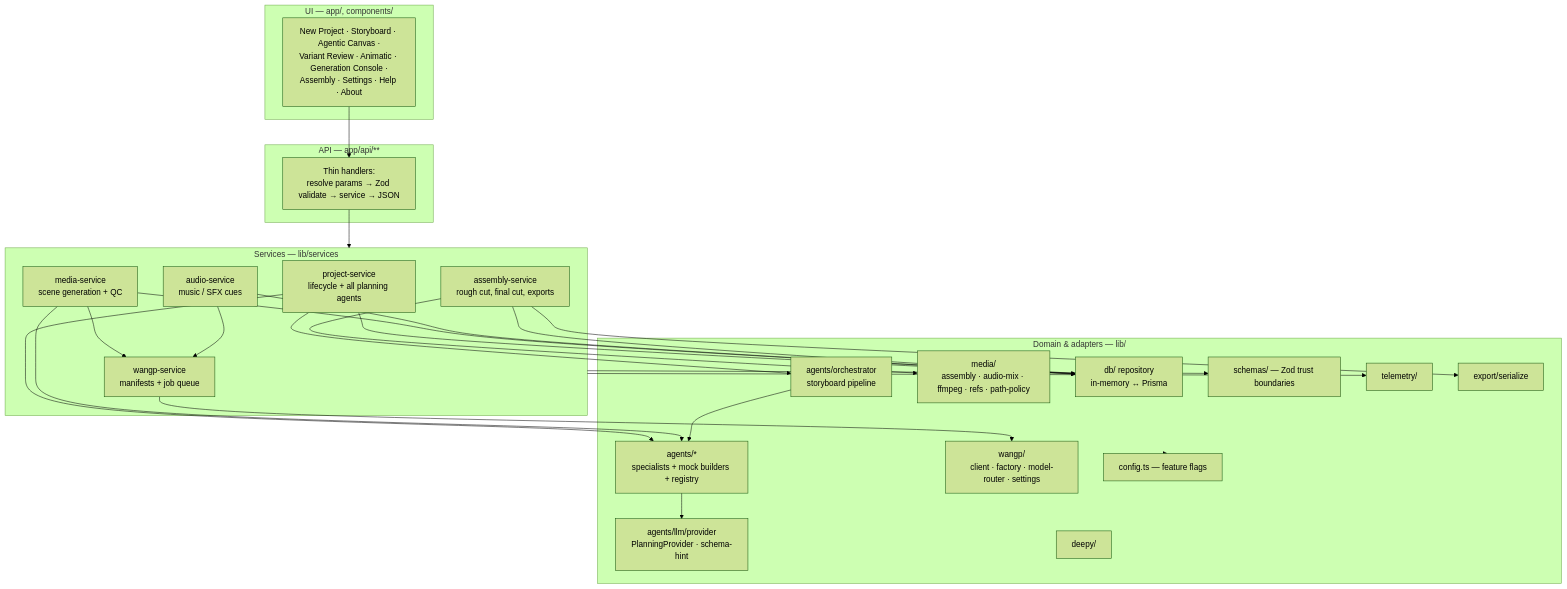
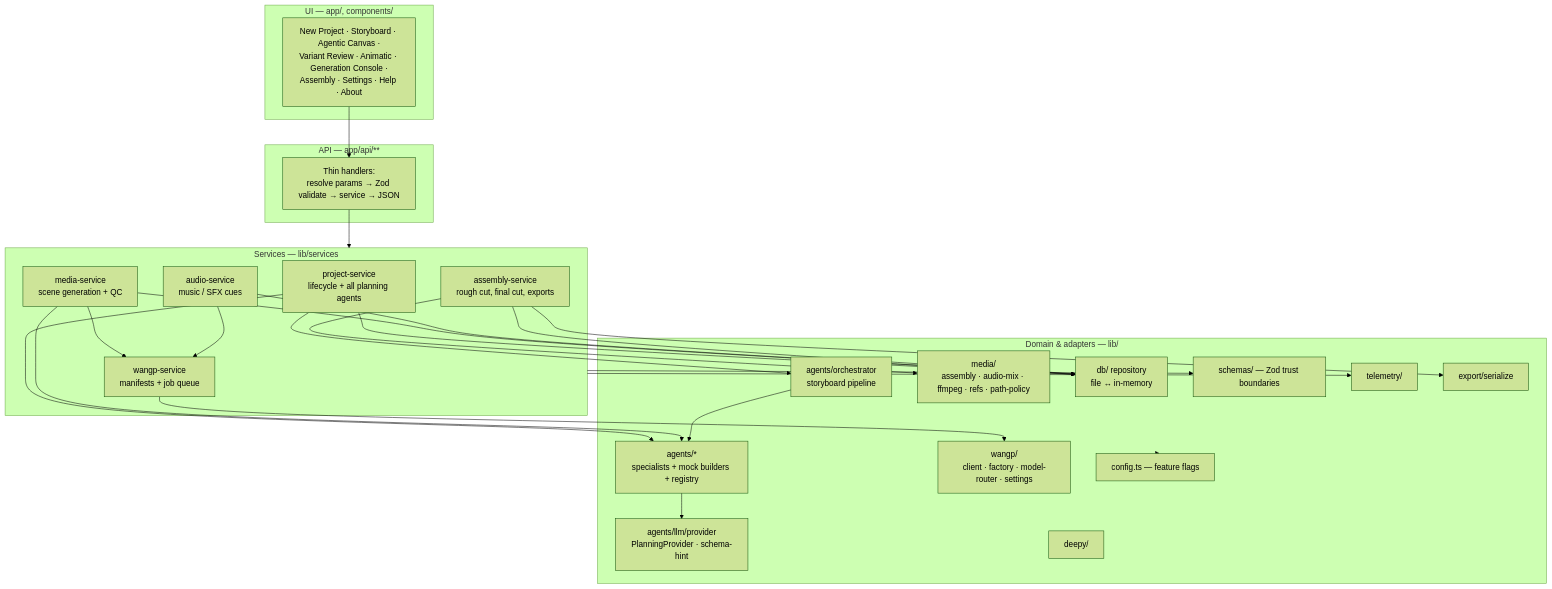
The second of 20 diagrams in docs/architecture.md (jamesbas/storyforgeai), drawn with Mermaid (forest theme) before and after one commit. The commit also changed other lines of this file and 3 other files, not shown here.

First line of the commit message:
Bring architecture.md back in line with the code (v2.63)

````diff
--- a/docs/architecture.md
+++ b/docs/architecture.md
@@ -74,51 +74,51 @@
 ```mermaid
 flowchart TD
     subgraph UI["UI — app/, components/"]
         pages["New Project · Storyboard · Agentic Canvas ·<br/>Variant Review · Animatic · Generation Console ·<br/>Assembly · Settings · Help · About"]
     end
 
     subgraph API["API — app/api/**"]
         routes["Thin handlers:<br/>resolve params → Zod validate → service → JSON"]
     end
 
     subgraph SVC["Services — lib/services"]
         psvc["project-service<br/>lifecycle + all planning agents"]
         msvc["media-service<br/>scene generation + QC"]
         asvcAudio["audio-service<br/>music / SFX cues"]
         asvc["assembly-service<br/>rough cut, final cut, exports"]
         wsvc["wangp-service<br/>manifests + job queue"]
     end
 
     subgraph CORE["Domain & adapters — lib/"]
         orch["agents/orchestrator<br/>storyboard pipeline"]
         aglayer["agents/*<br/>specialists + mock builders + registry"]
         provider["agents/llm/provider<br/>PlanningProvider · schema-hint"]
         wangp["wangp/<br/>client · factory · model-router · settings"]
         media["media/<br/>assembly · audio-mix · ffmpeg · refs · path-policy"]
         deepy["deepy/"]
-        repo["db/ repository<br/>in-memory ↔ Prisma"]
+        repo["db/ repository<br/>file ↔ in-memory"]
         schemas["schemas/ — Zod trust boundaries"]
         tel["telemetry/"]
         cfg["config.ts — feature flags"]
         exp["export/serialize"]
     end
 
     pages --> routes --> SVC
     psvc --> orch
     psvc --> aglayer
     psvc --> repo
     msvc --> wsvc
     msvc --> aglayer
     msvc --> repo
     asvcAudio --> wsvc
     asvcAudio --> repo
     asvc --> media
     asvc --> repo
     asvc --> exp
     wsvc --> wangp
     orch --> aglayer
     aglayer --> provider
     SVC --> schemas
     SVC --> tel
     CORE --> cfg
 ```
````
